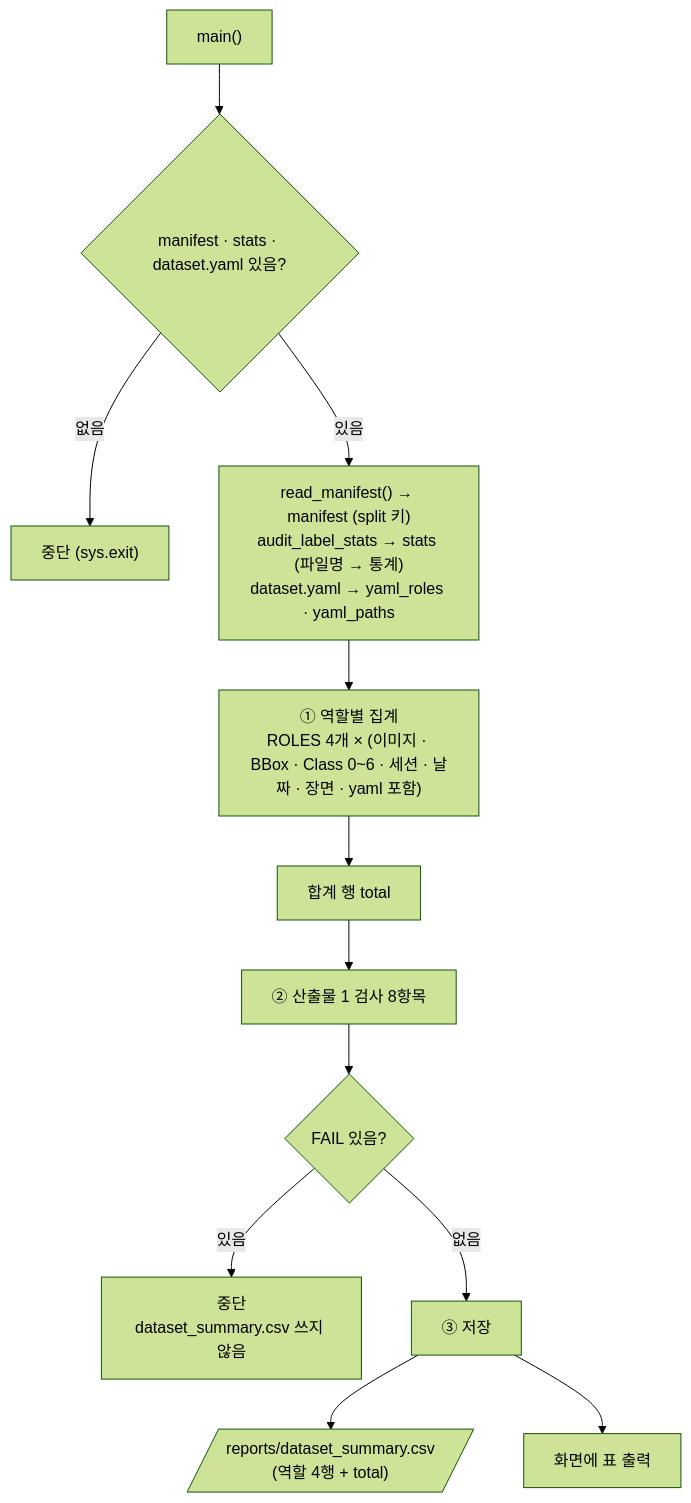
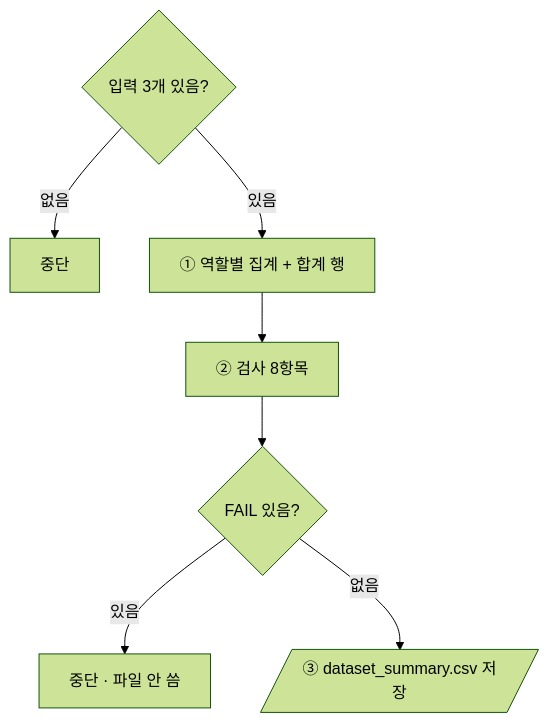
Before and after one commit to howolcat/prj2026.10: the diagram in prj08/docs/code_review/scripts/07_dataset_summary.md, drawn with Mermaid (forest theme). The commit also changed other lines of this file and 25 other files, not shown here.

````diff
--- a/prj08/docs/code_review/scripts/07_dataset_summary.md
+++ b/prj08/docs/code_review/scripts/07_dataset_summary.md
@@ -33,14 +32,9 @@
 ```mermaid
 flowchart TD
-    A["main()"] --> B{"manifest · stats · dataset.yaml 있음?"}
-    B -->|없음| X["중단 (sys.exit)"]
-    B -->|있음| C["read_manifest() → manifest (split 키)<br/>audit_label_stats → stats (파일명 → 통계)<br/>dataset.yaml → yaml_roles · yaml_paths"]
-    C --> D["① 역할별 집계<br/>ROLES 4개 × (이미지 · BBox · Class 0~6 · 세션 · 날짜 · 장면 · yaml 포함)"]
-    D --> E["합계 행 total"]
-    E --> F["② 산출물 1 검사 8항목"]
-    F --> G{"FAIL 있음?"}
-    G -->|있음| H["중단<br/>dataset_summary.csv 쓰지 않음"]
-    G -->|없음| I["③ 저장"]
-    I --> J[/"reports/dataset_summary.csv<br/>(역할 4행 + total)"/]
-    I --> K["화면에 표 출력"]
+    A{"입력 3개 있음?"} -->|없음| X["중단"]
+    A -->|있음| B["① 역할별 집계 + 합계 행"]
+    B --> C["② 검사 8항목"]
+    C --> D{"FAIL 있음?"}
+    D -->|있음| Y["중단 · 파일 안 씀"]
+    D -->|없음| E[/"③ dataset_summary.csv 저장"/]
 ```
````
